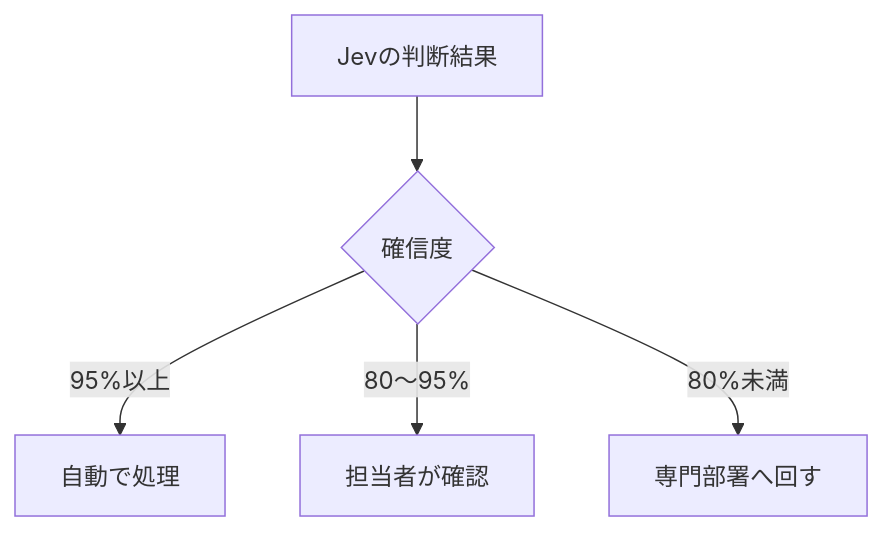
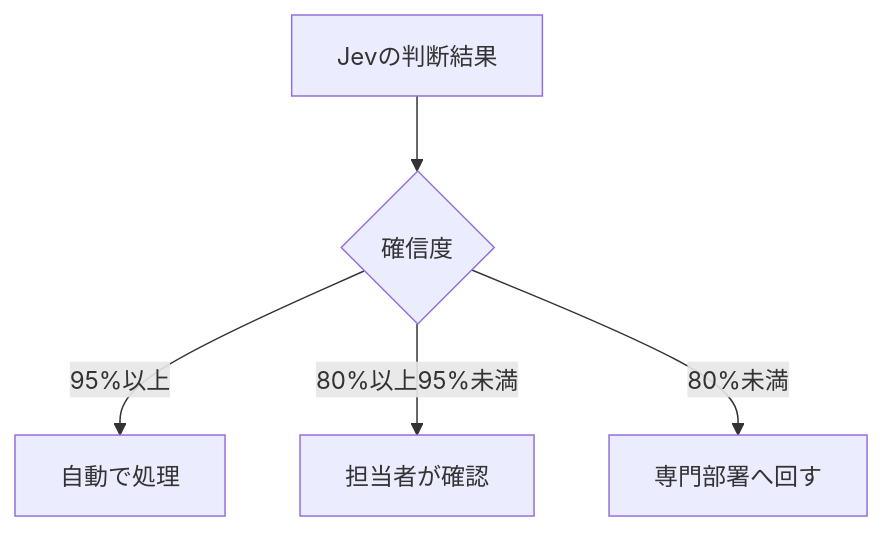
The second of 2 diagrams in src/posts/2026-09-19-typesafe-jev-system-one-model.md (takafumikobayashi/tarikicode-svelte), drawn with Mermaid before and after one commit. The commit also changed other lines of this file, not shown here.

Commit message:
fix: Jev記事の確信度の区間が境界値で重複していたのを修正
「95％以上」「80〜95％」「80％未満」の3区間では、ちょうど95％と
ちょうど80％がそれぞれ2つの区間に該当し、振り分け先が定まらなかった。
「以上／未満」に統一して半開区間にし、境界値が一意に決まるようにした。

本文とMermaid図の両方を修正。なお、この閾値は公式の推奨値ではなく
筆者による例示で、公式ドキュメントに具体的な推奨閾値の記載はない。

Claude-Session: https://claude.ai/code/session_01SYwrb4Whb66DfJXjB2Eoaw

````diff
--- a/src/posts/2026-09-19-typesafe-jev-system-one-model.md
+++ b/src/posts/2026-09-19-typesafe-jev-system-one-model.md
@@ -118,7 +118,7 @@
 ```mermaid
 flowchart TD
     A[Jevの判断結果] --> B{確信度}
     B -->|95%以上| C[自動で処理]
-    B -->|80〜95%| D[担当者が確認]
+    B -->|80%以上95%未満| D[担当者が確認]
     B -->|80%未満| E[専門部署へ回す]
 ```
````
